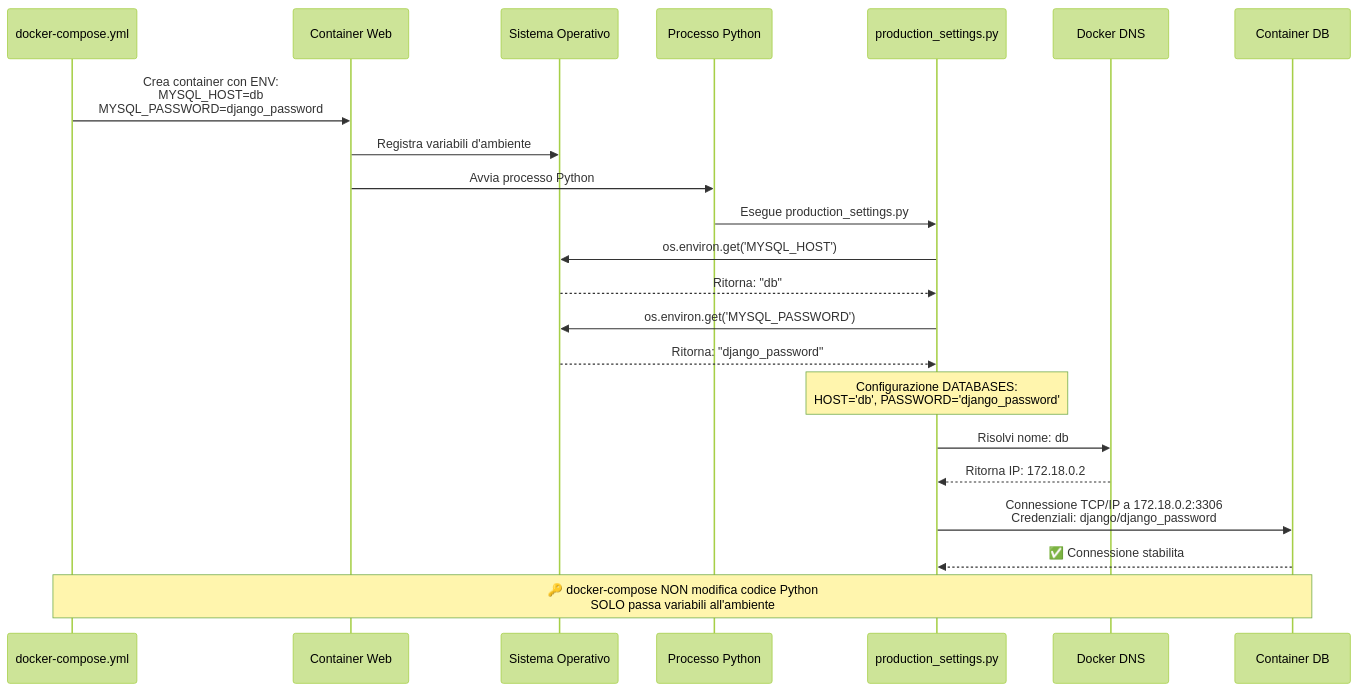
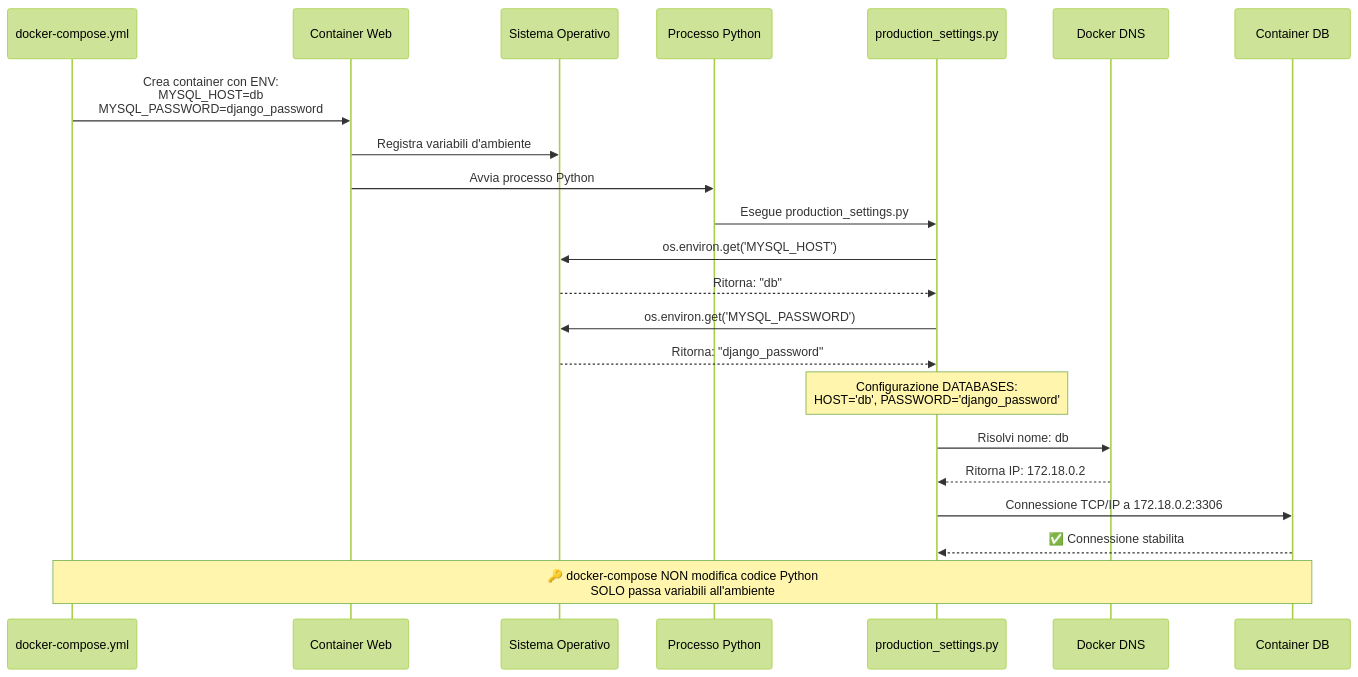
One commit to lucadileo9/dev-experiments changed the sixth of 12 diagrams in appunti.md. Above: the diagram before and after it, drawn with Mermaid (forest theme). The commit also changed other lines of this file, not shown here.

````diff
--- a/appunti.md
+++ b/appunti.md
@@ -234,31 +221,31 @@
 ```mermaid
 sequenceDiagram
     participant DC as docker-compose.yml
     participant Container as Container Web
     participant OS as Sistema Operativo
     participant Python as Processo Python
     participant Django as production_settings.py
     participant DNS as Docker DNS
     participant MySQL as Container DB
     
     DC->>Container: Crea container con ENV:<br/>MYSQL_HOST=db<br/>MYSQL_PASSWORD=django_password
     Container->>OS: Registra variabili d'ambiente
     Container->>Python: Avvia processo Python
     Python->>Django: Esegue production_settings.py
     
     Django->>OS: os.environ.get('MYSQL_HOST')
     OS-->>Django: Ritorna: "db"
     
     Django->>OS: os.environ.get('MYSQL_PASSWORD')
     OS-->>Django: Ritorna: "django_password"
     
     Note over Django: Configurazione DATABASES:<br/>HOST='db', PASSWORD='django_password'
     
     Django->>DNS: Risolvi nome: db
     DNS-->>Django: Ritorna IP: 172.18.0.2
     
-    Django->>MySQL: Connessione TCP/IP a 172.18.0.2:3306<br/>Credenziali: django/django_password
+    Django->>MySQL: Connessione TCP/IP a 172.18.0.2:3306
     MySQL-->>Django: ✅ Connessione stabilita
     
     Note over DC,MySQL: 🔑 docker-compose NON modifica codice Python<br/>SOLO passa variabili all'ambiente
 ```
````
